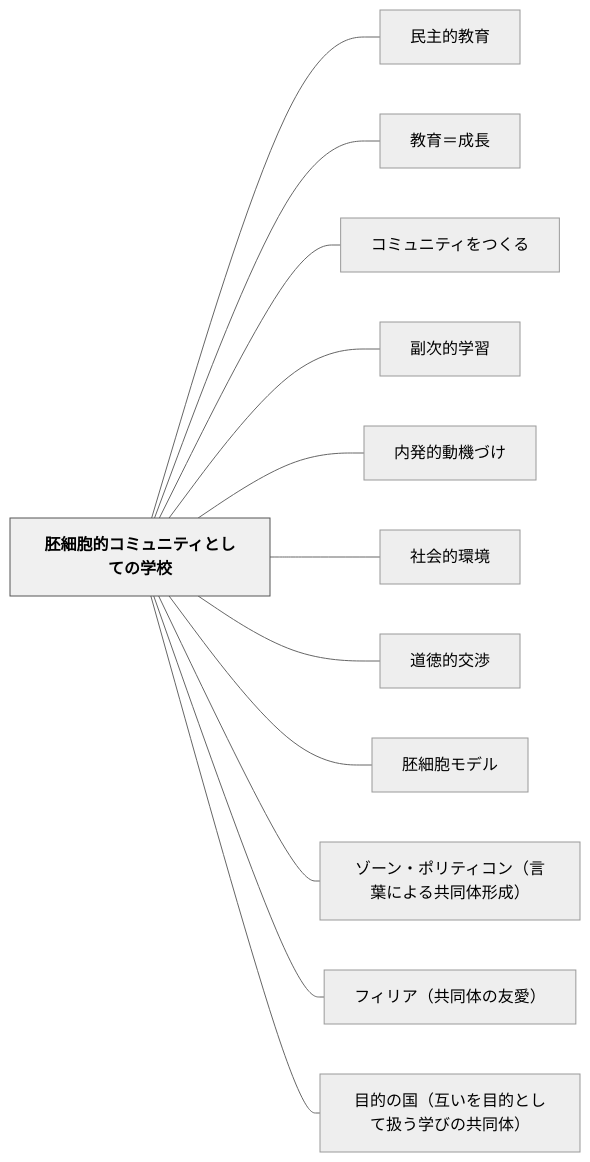
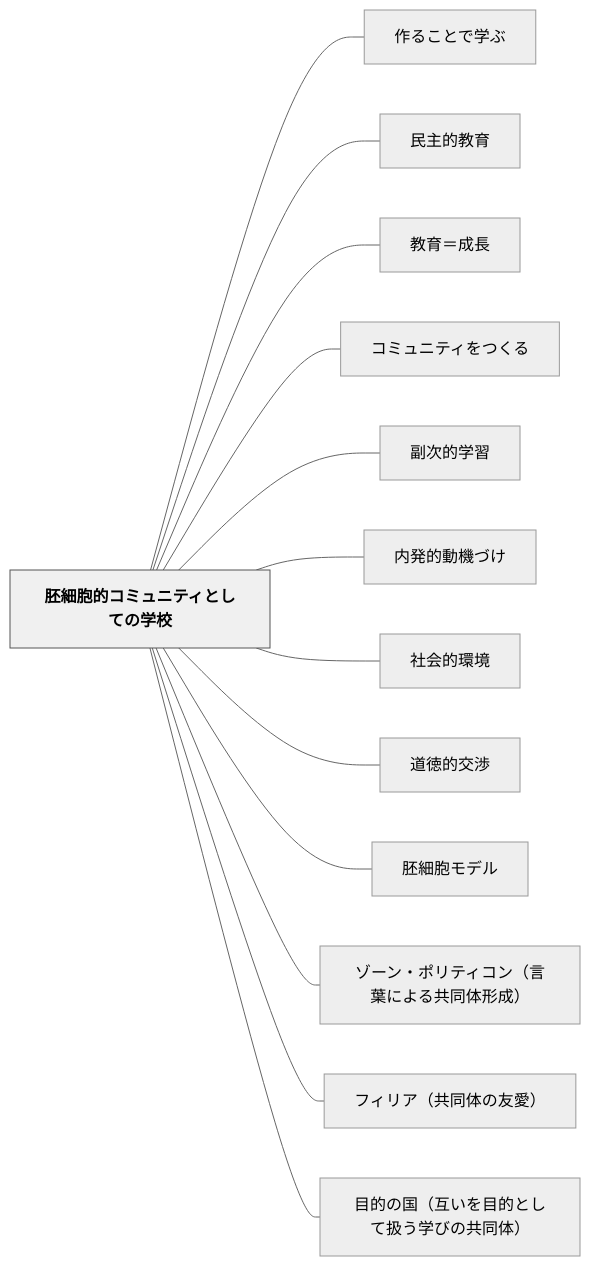
The diagram in content/パタン/胚細胞的コミュニティとしての学校.md (unknownthings-ed-patterns/unknownthings-ed-patterns), drawn with Mermaid (neutral theme) before and after one commit. The commit also changed other lines of this file and 185 other files, not shown here.

````diff
--- a/content/パタン/胚細胞的コミュニティとしての学校.md
+++ b/content/パタン/胚細胞的コミュニティとしての学校.md
@@ -150,30 +151,32 @@
 ```mermaid
 flowchart LR
     ne8839ae7b4b0e8839ee79a84e382b3e3839fe383a5e3838be38386e382a3e381a8e38197e381a6e381aee5ada6e6a0a1["胚細胞的コミュニティとしての学校"]
+    ne4bd9ce3828be38193e381a8e381a7e5ada6e381b6["作ることで学ぶ"]
     ne6b091e4b8bbe79a84e69599e882b2["民主的教育"]
     ne69599e882b2efbc9de68890e995b7["教育＝成長"]
     ne382b3e3839fe383a5e3838be38386e382a3e38292e381a4e3818fe3828b["コミュニティをつくる"]
     ne589afe6aca1e79a84e5ada6e7bf92["副次的学習"]
     ne58685e799bae79a84e58b95e6a99fe381a5e38191["内発的動機づけ"]
     ne7a4bee4bc9ae79a84e792b0e5a283["社会的環境"]
     ne98193e5beb3e79a84e4baa4e6b889["道徳的交渉"]
     ne8839ae7b4b0e8839ee383a2e38387e383ab["胚細胞モデル"]
     ne382bee383bce383b3e383bbe3839de383aae38386e382a3e382b3e383b3efbc88e8a880e89189e381abe38288e3828be585b1e5908ce4bd93e5bda2e68890efbc89["ゾーン・ポリティコン（言葉による共同体形成）"]
     ne38395e382a3e383aae382a2efbc88e585b1e5908ce4bd93e381aee58f8be6849befbc89["フィリア（共同体の友愛）"]
     ne79baee79a84e381aee59bbdefbc88e4ba92e38184e38292e79baee79a84e381a8e38197e381a6e689b1e38186e5ada6e381b3e381aee585b1e5908ce4bd93efbc89["目的の国（互いを目的として扱う学びの共同体）"]
 
+    ne8839ae7b4b0e8839ee79a84e382b3e3839fe383a5e3838be38386e382a3e381a8e38197e381a6e381aee5ada6e6a0a1 --- ne4bd9ce3828be38193e381a8e381a7e5ada6e381b6
     ne8839ae7b4b0e8839ee79a84e382b3e3839fe383a5e3838be38386e382a3e381a8e38197e381a6e381aee5ada6e6a0a1 --- ne6b091e4b8bbe79a84e69599e882b2
     ne8839ae7b4b0e8839ee79a84e382b3e3839fe383a5e3838be38386e382a3e381a8e38197e381a6e381aee5ada6e6a0a1 --- ne69599e882b2efbc9de68890e995b7
     ne8839ae7b4b0e8839ee79a84e382b3e3839fe383a5e3838be38386e382a3e381a8e38197e381a6e381aee5ada6e6a0a1 --- ne382b3e3839fe383a5e3838be38386e382a3e38292e381a4e3818fe3828b
     ne8839ae7b4b0e8839ee79a84e382b3e3839fe383a5e3838be38386e382a3e381a8e38197e381a6e381aee5ada6e6a0a1 --- ne589afe6aca1e79a84e5ada6e7bf92
     ne8839ae7b4b0e8839ee79a84e382b3e3839fe383a5e3838be38386e382a3e381a8e38197e381a6e381aee5ada6e6a0a1 --- ne58685e799bae79a84e58b95e6a99fe381a5e38191
     ne8839ae7b4b0e8839ee79a84e382b3e3839fe383a5e3838be38386e382a3e381a8e38197e381a6e381aee5ada6e6a0a1 --- ne7a4bee4bc9ae79a84e792b0e5a283
     ne8839ae7b4b0e8839ee79a84e382b3e3839fe383a5e3838be38386e382a3e381a8e38197e381a6e381aee5ada6e6a0a1 --- ne98193e5beb3e79a84e4baa4e6b889
     ne8839ae7b4b0e8839ee79a84e382b3e3839fe383a5e3838be38386e382a3e381a8e38197e381a6e381aee5ada6e6a0a1 --- ne8839ae7b4b0e8839ee383a2e38387e383ab
     ne8839ae7b4b0e8839ee79a84e382b3e3839fe383a5e3838be38386e382a3e381a8e38197e381a6e381aee5ada6e6a0a1 --- ne382bee383bce383b3e383bbe3839de383aae38386e382a3e382b3e383b3efbc88e8a880e89189e381abe38288e3828be585b1e5908ce4bd93e5bda2e68890efbc89
     ne8839ae7b4b0e8839ee79a84e382b3e3839fe383a5e3838be38386e382a3e381a8e38197e381a6e381aee5ada6e6a0a1 --- ne38395e382a3e383aae382a2efbc88e585b1e5908ce4bd93e381aee58f8be6849befbc89
     ne8839ae7b4b0e8839ee79a84e382b3e3839fe383a5e3838be38386e382a3e381a8e38197e381a6e381aee5ada6e6a0a1 --- ne79baee79a84e381aee59bbdefbc88e4ba92e38184e38292e79baee79a84e381a8e38197e381a6e689b1e38186e5ada6e381b3e381aee585b1e5908ce4bd93efbc89
 
     classDef hub fill:#f0f0f0,stroke:#555,color:#000,font-weight:bold
     class ne8839ae7b4b0e8839ee79a84e382b3e3839fe383a5e3838be38386e382a3e381a8e38197e381a6e381aee5ada6e6a0a1 hub
 ```
````
